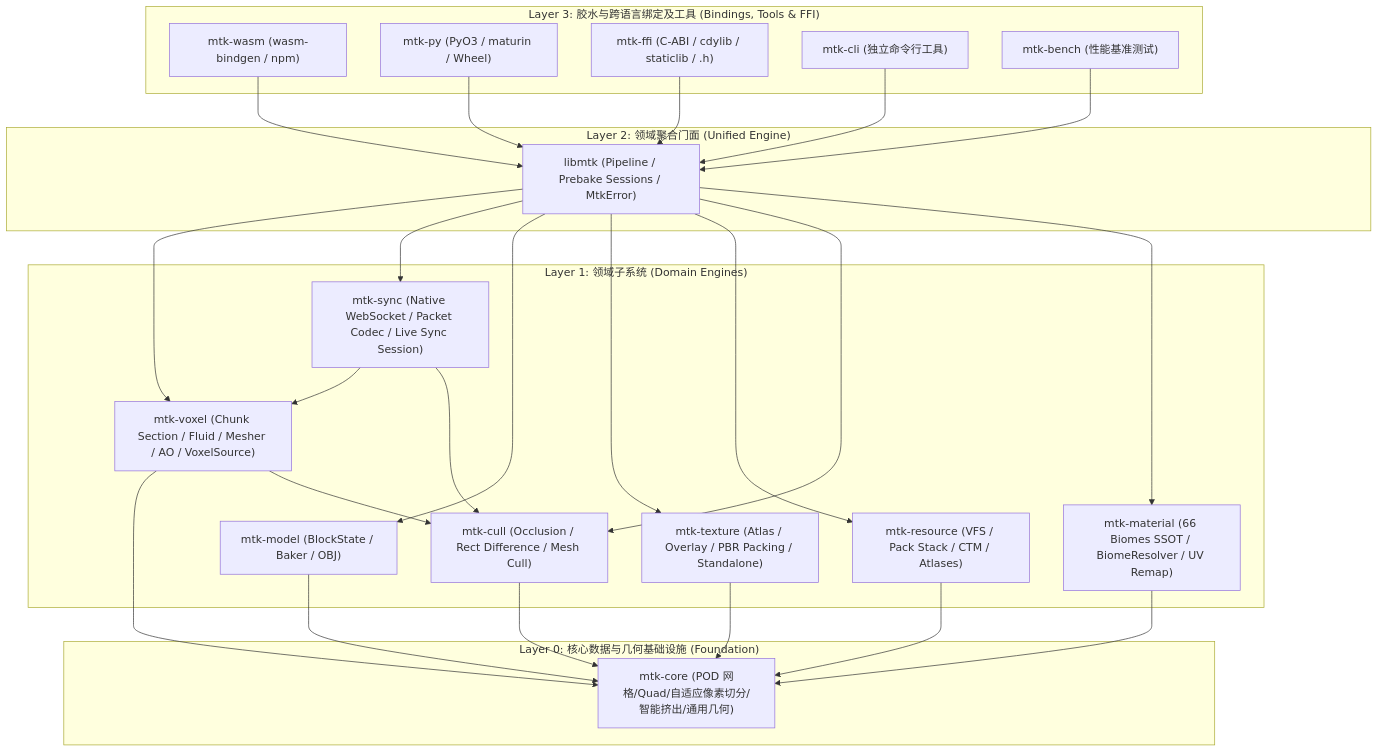
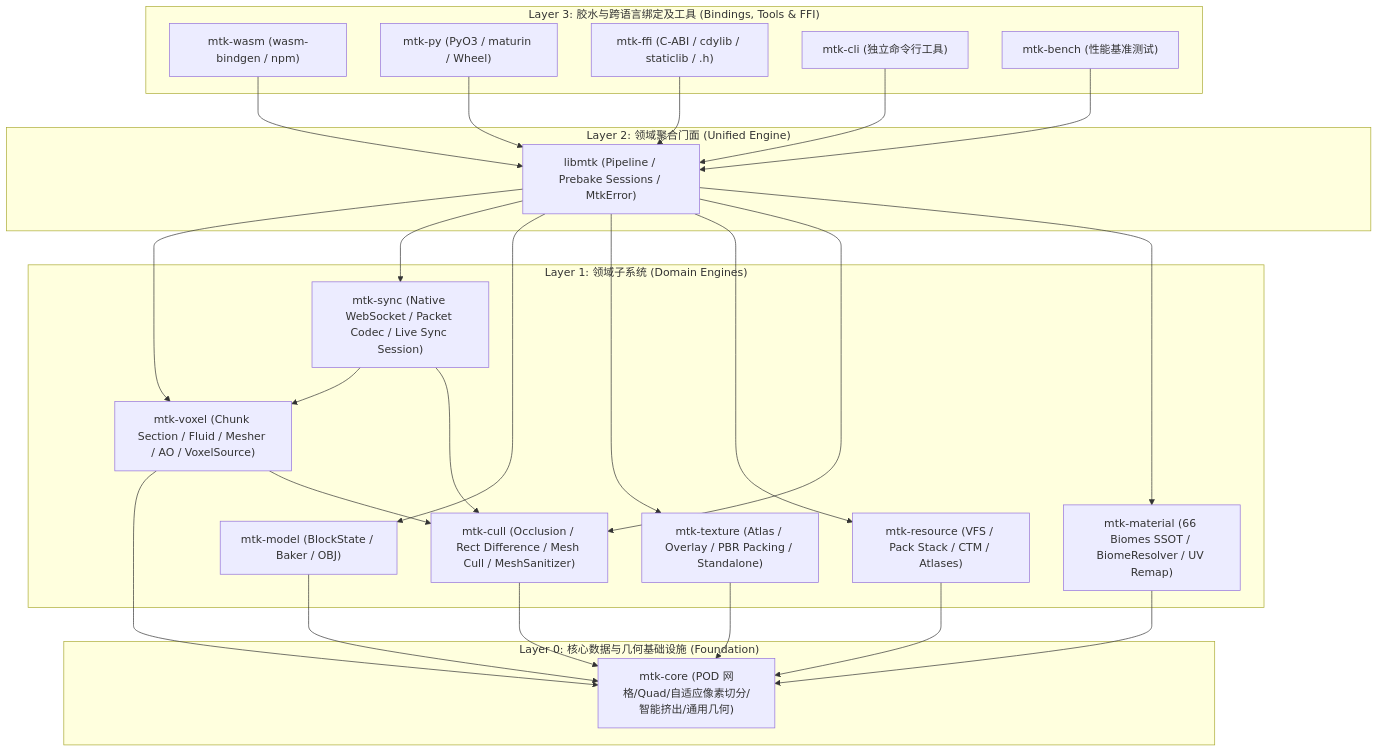
Before and after one commit to mozi1924/libmozitoolkit: the diagram in docs/ARCHITECTURE.md, drawn with Mermaid. The commit also changed other lines of this file and 9 other files, not shown here.

First line of the commit message:
refactor(cull, model, voxel): extract face sanitizer into mtk-cull and modularize section mesher

````diff
--- a/docs/ARCHITECTURE.md
+++ b/docs/ARCHITECTURE.md
@@ -18,52 +18,52 @@
 ```mermaid
 graph TD
     subgraph Layer3_Bindings["Layer 3: 胶水与跨语言绑定及工具 (Bindings, Tools & FFI)"]
         WASM["mtk-wasm (wasm-bindgen / npm)"]
         PY["mtk-py (PyO3 / maturin / Wheel)"]
         FFI["mtk-ffi (C-ABI / cdylib / staticlib / .h)"]
         CLI["mtk-cli (独立命令行工具)"]
         BENCH["mtk-bench (性能基准测试)"]
     end
 
     subgraph Layer2_Facade["Layer 2: 领域聚合门面 (Unified Engine)"]
         LIBMTK["libmtk (Pipeline / Prebake Sessions / MtkError)"]
     end
 
     subgraph Layer1_Domain["Layer 1: 领域子系统 (Domain Engines)"]
         VOXEL["mtk-voxel (Chunk Section / Fluid / Mesher / AO / VoxelSource)"]
         SYNC["mtk-sync (Native WebSocket / Packet Codec / Live Sync Session)"]
         MODEL["mtk-model (BlockState / Baker / OBJ)"]
         TEXTURE["mtk-texture (Atlas / Overlay / PBR Packing / Standalone)"]
         RESOURCE["mtk-resource (VFS / Pack Stack / CTM / Atlases)"]
-        CULL["mtk-cull (Occlusion / Rect Difference / Mesh Cull)"]
+        CULL["mtk-cull (Occlusion / Rect Difference / Mesh Cull / MeshSanitizer)"]
         MAT["mtk-material (66 Biomes SSOT / BiomeResolver / UV Remap)"]
     end
 
     subgraph Layer0_Core["Layer 0: 核心数据与几何基础设施 (Foundation)"]
         CORE["mtk-core (POD 网格/Quad/自适应像素切分/智能挤出/通用几何)"]
     end
 
     WASM --> LIBMTK
     PY --> LIBMTK
     FFI --> LIBMTK
     CLI --> LIBMTK
     BENCH --> LIBMTK
 
     LIBMTK --> VOXEL
     LIBMTK --> SYNC
     LIBMTK --> MODEL
     LIBMTK --> TEXTURE
     LIBMTK --> RESOURCE
     LIBMTK --> CULL
     LIBMTK --> MAT
 
     SYNC --> VOXEL
     SYNC --> CULL
     VOXEL --> CORE
     VOXEL --> CULL
     MODEL --> CORE
     TEXTURE --> CORE
     RESOURCE --> CORE
     CULL --> CORE
     MAT --> CORE
 ```
````
